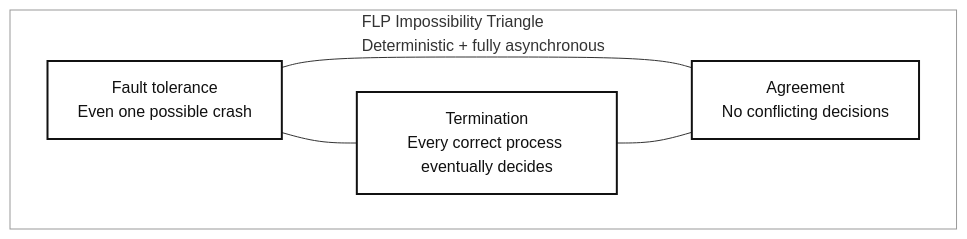
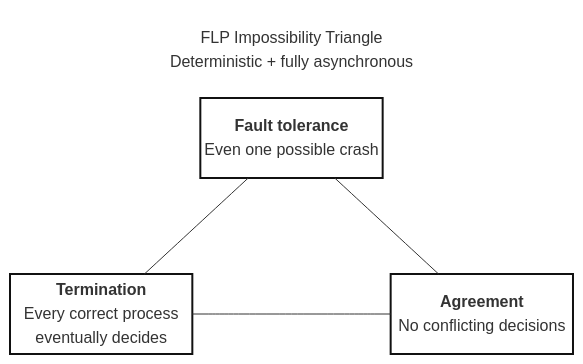
One commit to GasimV/Self-Study-Tech-Projects changed the sixth of 6 diagrams in System-Design/Distributed-Systems-Theorems-and-Data-Structures.md. Above: the diagram before and after it, drawn with Mermaid.

Commit message:
docs: enhance FLP Impossibility Triangle diagram for clarity and formatting

````diff
--- a/System-Design/Distributed-Systems-Theorems-and-Data-Structures.md
+++ b/System-Design/Distributed-Systems-Theorems-and-Data-Structures.md
@@ -854,15 +854,24 @@
 ```mermaid
-flowchart TB
-    subgraph FLP["FLP Impossibility Triangle<br/>Deterministic + fully asynchronous"]
-        F["Fault tolerance<br/>Even one possible crash"]
-        T["Termination<br/>Every correct process eventually decides"]
-        A["Agreement<br/>No conflicting decisions"]
-        F --- T
-        F --- A
-        T --- A
-    end
+block-beta
+    columns 3
+
+    H["FLP Impossibility Triangle<br/>Deterministic + fully asynchronous"]:3
+
+    space
+    F["<b>Fault tolerance</b><br/>Even one possible crash"]
+    space
+
+    space:3
+
+    T["<b>Termination</b><br/>Every correct process<br/>eventually decides"]
+    space
+    A["<b>Agreement</b><br/>No conflicting decisions"]
+
+    F --- T
+    F --- A
+    T --- A
 
     classDef property fill:#fff,stroke:#111,stroke-width:2px,color:#111
     class F,T,A property
-    style FLP fill:transparent,stroke:#999,stroke-width:1px
+    style H fill:transparent,stroke:transparent,color:#111
 ```
````
